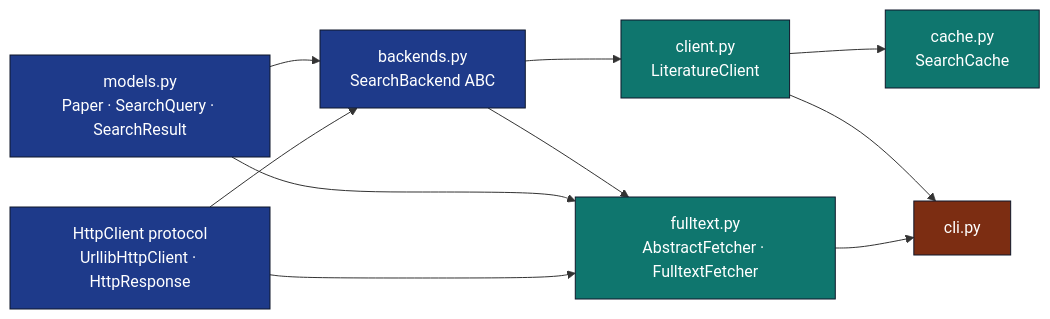
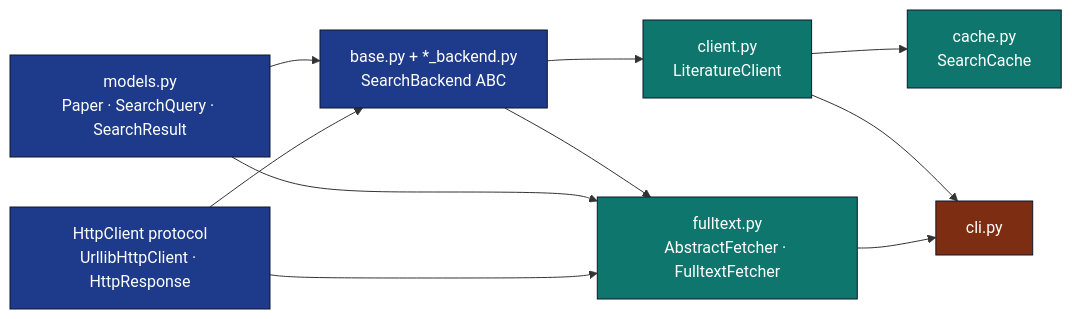
The diagram in infrastructure/search/literature/AGENTS.md (docxology/template), drawn with Mermaid before and after one commit. The commit also changed 21 other files, not shown here.

````diff
--- a/infrastructure/search/literature/AGENTS.md
+++ b/infrastructure/search/literature/AGENTS.md
@@ -9,20 +9,20 @@
 ```mermaid
 flowchart LR
-    MODELS[models.py<br/>Paper · SearchQuery · SearchResult] --> BACKENDS[backends.py<br/>SearchBackend ABC]
+    MODELS[models.py<br/>Paper · SearchQuery · SearchResult] --> BACKENDS[base.py + *_backend.py<br/>SearchBackend ABC]
     BACKENDS --> CLIENT[client.py<br/>LiteratureClient]
     CLIENT --> CACHE[cache.py<br/>SearchCache]
     BACKENDS --> FULL[fulltext.py<br/>AbstractFetcher · FulltextFetcher]
     MODELS --> FULL
     CLIENT --> CLI[cli.py]
     FULL --> CLI
 
     HTTPP[HttpClient protocol<br/>UrllibHttpClient · HttpResponse] --> BACKENDS
     HTTPP --> FULL
 
     classDef core fill:#1e3a8a,stroke:#0f172a,color:#fff
     classDef agg fill:#0f766e,stroke:#0f172a,color:#fff
     classDef ui fill:#7c2d12,stroke:#0f172a,color:#fff
     class MODELS,BACKENDS,HTTPP core
     class CLIENT,CACHE,FULL agg
     class CLI ui
 ```
````
